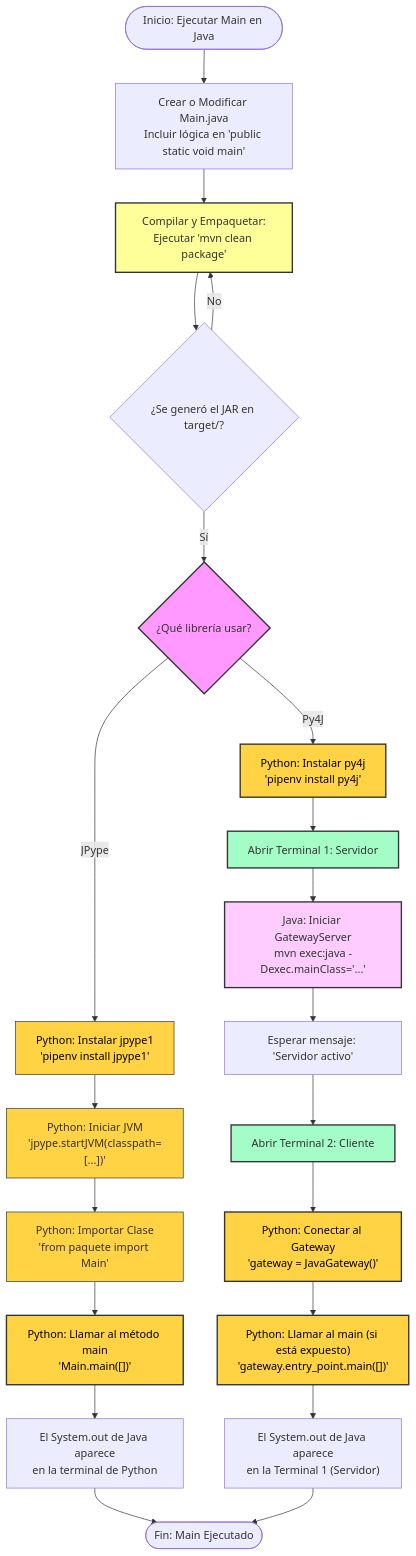
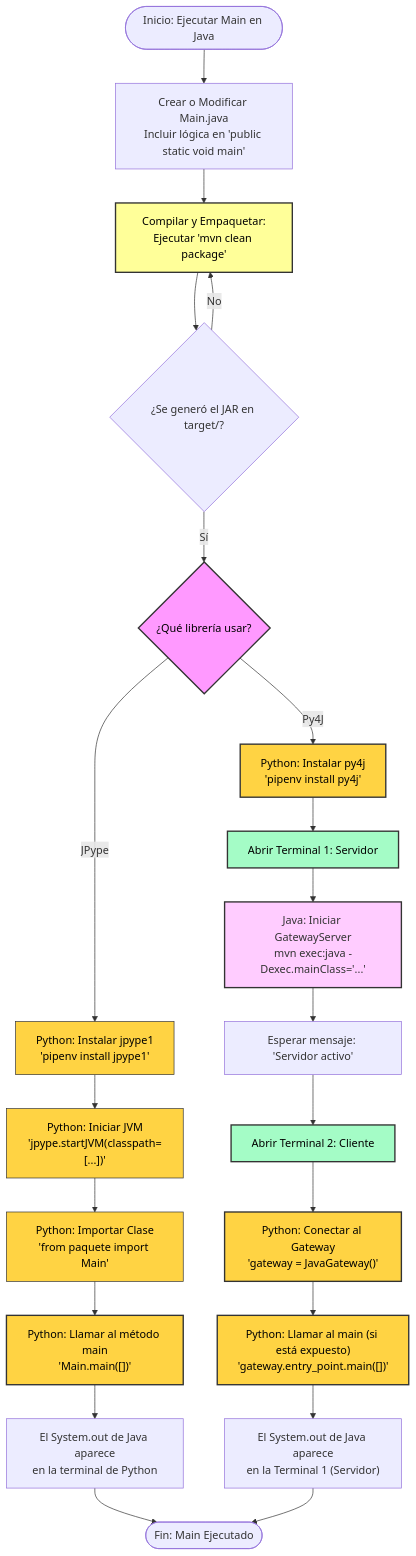
The fourth of 4 diagrams in README.md (EricLuceroGonzalez/java-en-python), drawn with Mermaid before and after one commit.

Commit message:
fix: Update diagram styles in README for better visibility

````diff
--- a/README.md
+++ b/README.md
@@ -352,48 +352,48 @@
 ```mermaid
     flowchart TD
     %% Nodos de Inicio y Preparación Común (Java)
     Start([Inicio: Ejecutar Main en Java]) --> JavaSetup["Crear o Modificar Main.java<br/>Incluir lógica en 'public static void main'"]
     JavaSetup --> MavenBuild["Compilar y Empaquetar:<br/>Ejecutar 'mvn clean package'"]
     MavenBuild --> JarVerify{¿Se generó el JAR en target/?}
     JarVerify -- No --> MavenBuild
     JarVerify -- Sí --> ChooseLib
 
     %% Bifurcación de Decisión
     ChooseLib{¿Qué librería usar?}
 
     %% === Rama JPype ===
     ChooseLib -- JPype --> JPypeSetup["Python: Instalar jpype1<br/>'pipenv install jpype1'"]
     JPypeSetup --> JPypeStart["Python: Iniciar JVM<br/>'jpype.startJVM(classpath=[...])'"]
     JPypeStart --> JPypeImport["Python: Importar Clase<br/>'from paquete import Main'"]
     JPypeImport --> JPypeExec["Python: Llamar al método main<br/>'Main.main([])'"]
     JPypeExec --> JPypeStdout["El System.out de Java aparece<br/>en la terminal de Python"]
     JPypeStdout --> End
 
     %% === Rama Py4J ===
     ChooseLib -- Py4J --> Py4JSetup["Python: Instalar py4j<br/>'pipenv install py4j'"]
     Py4JSetup --> Terminal1[Abrir Terminal 1: Servidor]
     Terminal1 --> Py4JServerStart["Java: Iniciar GatewayServer<br/>mvn exec:java -Dexec.mainClass='...'"]
     Py4JServerStart --> Py4JWait["Esperar mensaje: 'Servidor activo'"]
     Py4JWait --> Terminal2[Abrir Terminal 2: Cliente]
     Terminal2 --> Py4JClientConnect["Python: Conectar al Gateway<br/>'gateway = JavaGateway()'"]
     Py4JClientConnect --> Py4JExec["Python: Llamar al main (si está expuesto)<br/>'gateway.entry_point.main([])'"]
     Py4JExec --> Py4JStdout["El System.out de Java aparece<br/>en la Terminal 1 (Servidor)"]
     Py4JStdout --> End
 
     %% Nodos de Fin
     End([Fin: Main Ejecutado])
 
     %% Estilos
-    style Terminal1 fill:#a4fcc6,stroke:#333,stroke-width:2px
-    style Terminal2 fill:#a4fcc6,stroke:#333,stroke-width:2px
-    style ChooseLib fill:#f9f,stroke:#333,stroke-width:2px
-    style MavenBuild fill:#ff9,stroke:#333,stroke-width:2px
+    style Terminal1 fill:#a4fcc6,stroke:#333,stroke-width:2px,color:#000
+    style Terminal2 fill:#a4fcc6,stroke:#333,stroke-width:2px,color:#000
+    style ChooseLib fill:#f9f,stroke:#333,stroke-width:2px,color:#000
+    style MavenBuild fill:#ff9,stroke:#333,stroke-width:2px,color:#000
     style JPypeSetup fill:#ffd343,stroke:#333,color:#000
-    style JPypeStart fill:#ffd343,stroke:#333,color:#00
-    style JPypeImport fill:#ffd343,stroke:#333,color:#00
+    style JPypeStart fill:#ffd343,stroke:#333,color:#000
+    style JPypeImport fill:#ffd343,stroke:#333,color:#000
     style JPypeExec fill:#ffd343,stroke:#333,color:#000,stroke-width:2px
     style Py4JSetup fill:#ffd343,stroke:#333,color:#000,stroke-width:2px
     style Py4JClientConnect fill:#ffd343,stroke:#333,color:#000,stroke-width:2px
     style Py4JExec fill:#ffd343,stroke:#333,color:#000,stroke-width:2px
     style Py4JServerStart fill:#fcf,stroke:#333,stroke-width:2px
 ```
````
